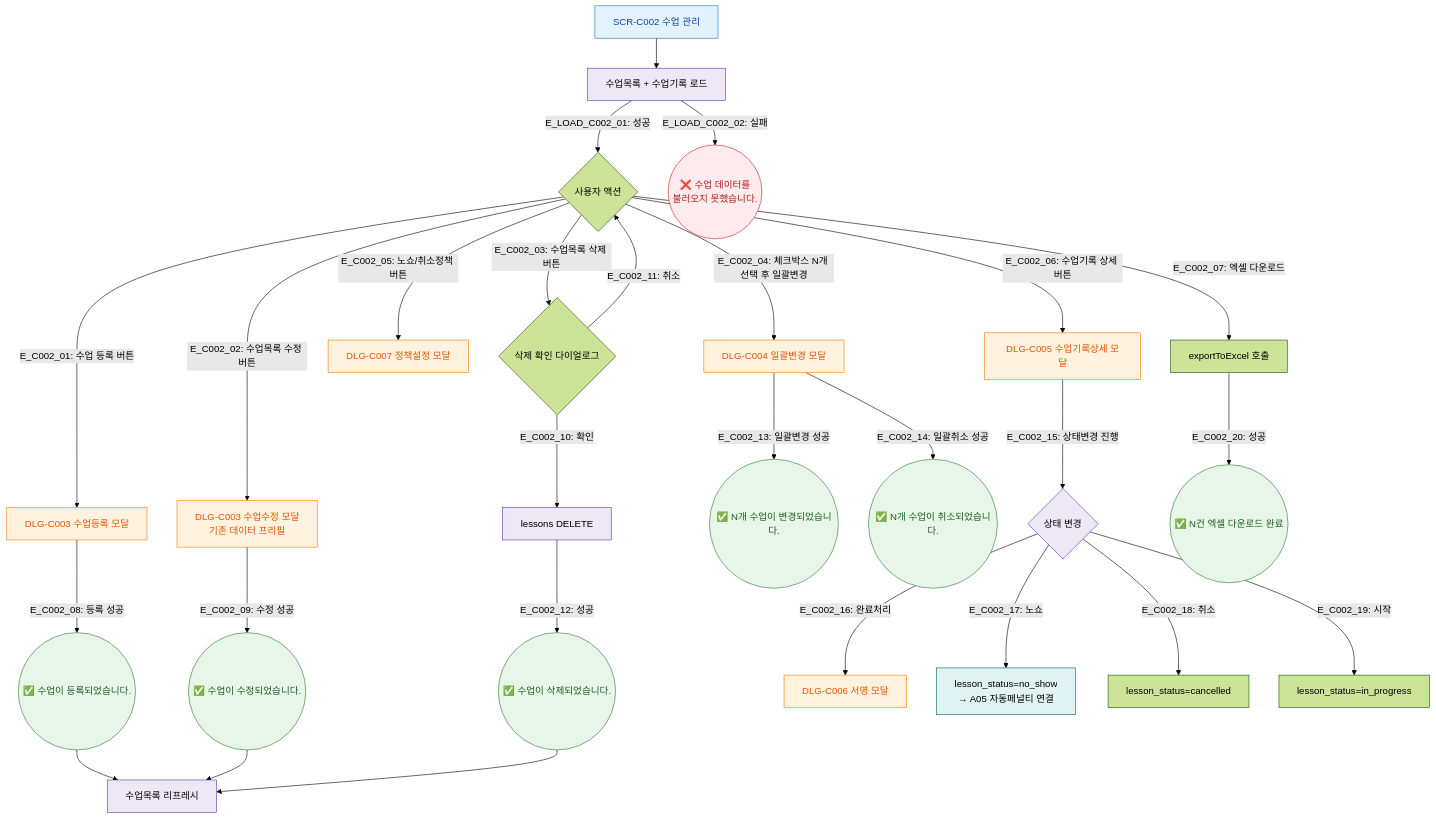
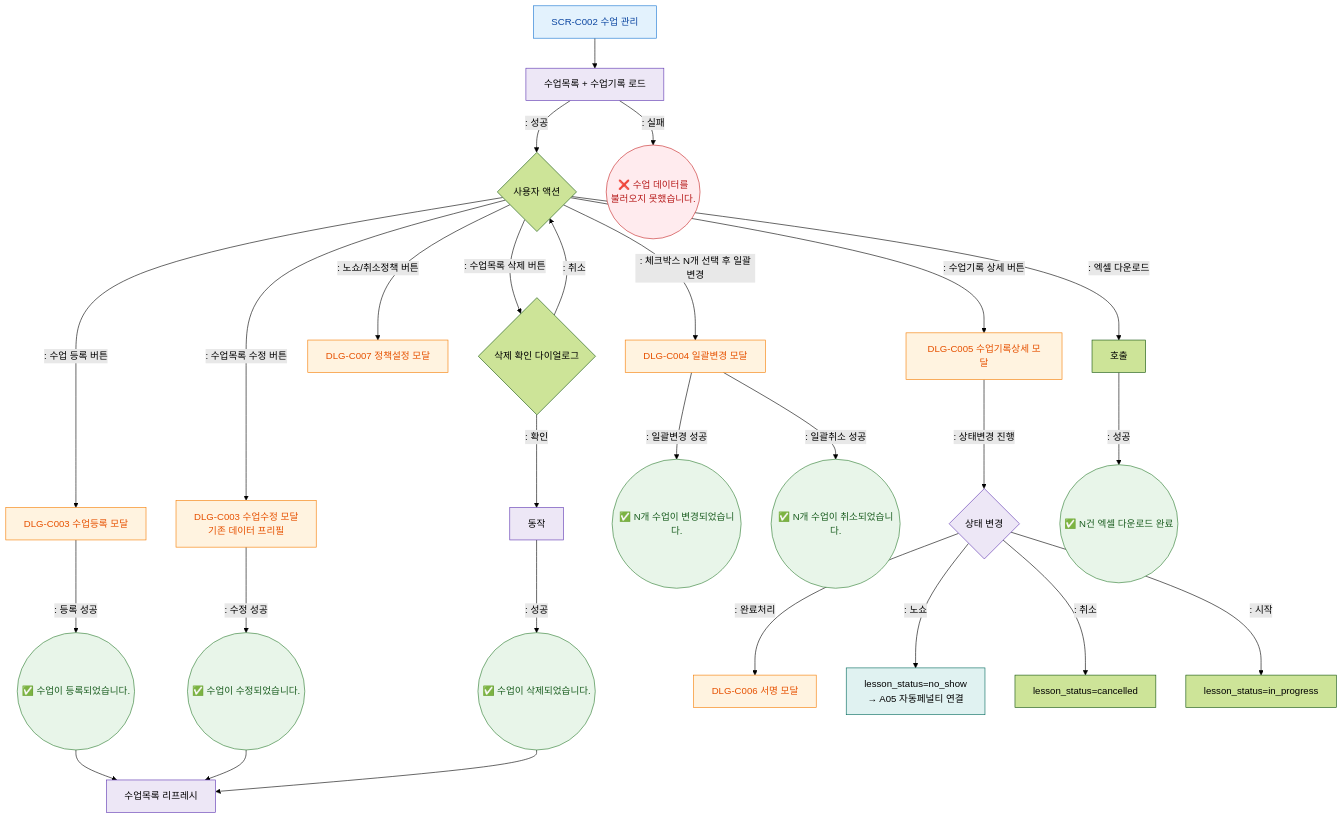
Before and after one commit to dev-spogym/admin-pando: the diagram in docs/다이어그램/D04_수업관리/SCR-C002_수업관리/F2_메인.md, drawn with Mermaid (forest theme). The commit also changed other lines of this file and 1660 other files, not shown here.

First line of the commit message:
다이어그램: 기획자/클라이언트 납품본으로 정리

````diff
--- a/docs/다이어그램/D04_수업관리/SCR-C002_수업관리/F2_메인.md
+++ b/docs/다이어그램/D04_수업관리/SCR-C002_수업관리/F2_메인.md
@@ -20,49 +18,49 @@
 ```mermaid
 flowchart TD
   SCR_C002[SCR-C002 수업 관리] --> LoadData[수업목록 + 수업기록 로드]
-  LoadData -->|"E_LOAD_C002_01: 성공"| Ready{사용자 액션}
-  LoadData -->|"E_LOAD_C002_02: 실패"| ErrToast((❌ 수업 데이터를\n불러오지 못했습니다.))
+  LoadData -->|": 성공"|Ready{사용자 액션}
+  LoadData -->|": 실패"|ErrToast((❌ 수업 데이터를\n불러오지 못했습니다.))
 
-  Ready -->|"E_C002_01: 수업 등록 버튼"| DLG_C003_New[DLG-C003 수업등록 모달]
-  Ready -->|"E_C002_02: 수업목록 수정 버튼"| DLG_C003_Edit[DLG-C003 수업수정 모달\n기존 데이터 프리필]
-  Ready -->|"E_C002_03: 수업목록 삭제 버튼"| DelConfirm{삭제 확인 다이얼로그}
-  Ready -->|"E_C002_04: 체크박스 N개 선택 후 일괄변경"| DLG_C004[DLG-C004 일괄변경 모달]
-  Ready -->|"E_C002_05: 노쇼/취소정책 버튼"| DLG_C007[DLG-C007 정책설정 모달]
-  Ready -->|"E_C002_06: 수업기록 상세 버튼"| DLG_C005[DLG-C005 수업기록상세 모달]
-  Ready -->|"E_C002_07: 엑셀 다운로드"| ExcelDL[exportToExcel 호출]
+  Ready -->|": 수업 등록 버튼"|DLG_C003_New[DLG-C003 수업등록 모달]
+  Ready -->|": 수업목록 수정 버튼"|DLG_C003_Edit[DLG-C003 수업수정 모달\n기존 데이터 프리필]
+  Ready -->|": 수업목록 삭제 버튼"|DelConfirm{삭제 확인 다이얼로그}
+  Ready -->|": 체크박스 N개 선택 후 일괄변경"|DLG_C004[DLG-C004 일괄변경 모달]
+  Ready -->|": 노쇼/취소정책 버튼"|DLG_C007[DLG-C007 정책설정 모달]
+  Ready -->|": 수업기록 상세 버튼"|DLG_C005[DLG-C005 수업기록상세 모달]
+  Ready -->|": 엑셀 다운로드"|ExcelDL[호출]
 
-  DLG_C003_New -->|"E_C002_08: 등록 성공"| Toast_Reg((✅ 수업이 등록되었습니다.))
+  DLG_C003_New -->|": 등록 성공"|Toast_Reg((✅ 수업이 등록되었습니다.))
   Toast_Reg --> RefreshList[수업목록 리프레시]
 
-  DLG_C003_Edit -->|"E_C002_09: 수정 성공"| Toast_Edit((✅ 수업이 수정되었습니다.))
+  DLG_C003_Edit -->|": 수정 성공"|Toast_Edit((✅ 수업이 수정되었습니다.))
   Toast_Edit --> RefreshList
 
-  DelConfirm -->|"E_C002_10: 확인"| DelAPI[lessons DELETE]
-  DelConfirm -->|"E_C002_11: 취소"| Ready
-  DelAPI -->|"E_C002_12: 성공"| Toast_Del((✅ 수업이 삭제되었습니다.))
+  DelConfirm -->|": 확인"|DelAPI[동작]
+  DelConfirm -->|": 취소"|Ready
+  DelAPI -->|": 성공"|Toast_Del((✅ 수업이 삭제되었습니다.))
   Toast_Del --> RefreshList
 
-  DLG_C004 -->|"E_C002_13: 일괄변경 성공"| Toast_Bulk((✅ N개 수업이 변경되었습니다.))
-  DLG_C004 -->|"E_C002_14: 일괄취소 성공"| Toast_Cancel((✅ N개 수업이 취소되었습니다.))
+  DLG_C004 -->|": 일괄변경 성공"|Toast_Bulk((✅ N개 수업이 변경되었습니다.))
+  DLG_C004 -->|": 일괄취소 성공"|Toast_Cancel((✅ N개 수업이 취소되었습니다.))
 
-  DLG_C005 -->|"E_C002_15: 상태변경 진행"| StatusChange{상태 변경}
-  StatusChange -->|"E_C002_16: 완료처리"| DLG_C006[DLG-C006 서명 모달]
-  StatusChange -->|"E_C002_17: 노쇼"| LessonNoShow[lesson_status=no_show\n→ A05 자동페널티 연결]
-  StatusChange -->|"E_C002_18: 취소"| LessonCancel[lesson_status=cancelled]
-  StatusChange -->|"E_C002_19: 시작"| LessonStart[lesson_status=in_progress]
+  DLG_C005 -->|": 상태변경 진행"|StatusChange{상태 변경}
+  StatusChange -->|": 완료처리"|DLG_C006[DLG-C006 서명 모달]
+  StatusChange -->|": 노쇼"|LessonNoShow[lesson_status=no_show\n→ A05 자동페널티 연결]
+  StatusChange -->|": 취소"|LessonCancel[lesson_status=cancelled]
+  StatusChange -->|": 시작"|LessonStart[lesson_status=in_progress]
 
-  ExcelDL -->|"E_C002_20: 성공"| Toast_Excel((✅ N건 엑셀 다운로드 완료))
+  ExcelDL -->|": 성공"|Toast_Excel((✅ N건 엑셀 다운로드 완료))
 
   classDef screen fill:#E3F2FD,stroke:#1976D2,color:#0D47A1
   classDef modal fill:#FFF3E0,stroke:#F57C00,color:#E65100
   classDef system fill:#EDE7F6,stroke:#5E35B2
   classDef success fill:#E8F5E9,stroke:#2E7D32,color:#1B5E20
   classDef error fill:#FFEBEE,stroke:#C62828,color:#B71C1C
   classDef cron fill:#E0F2F1,stroke:#00695C
   class SCR_C002 screen
   class DLG_C003_New,DLG_C003_Edit,DLG_C004,DLG_C005,DLG_C006,DLG_C007 modal
   class LoadData,DelAPI,RefreshList,StatusChange system
   class Toast_Reg,Toast_Edit,Toast_Del,Toast_Bulk,Toast_Cancel,Toast_Excel success
   class ErrToast error
   class LessonNoShow cron
 ```
````
